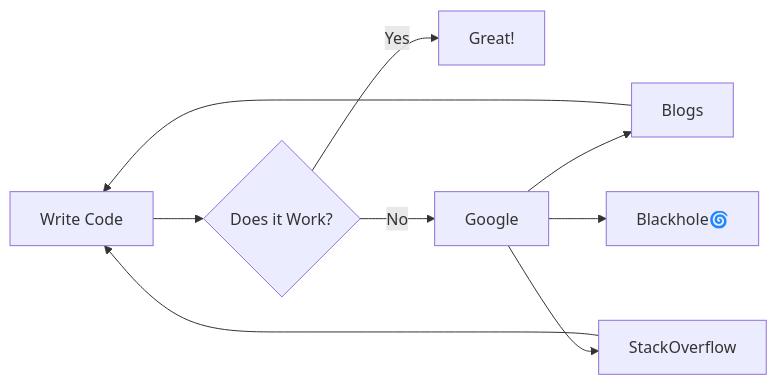
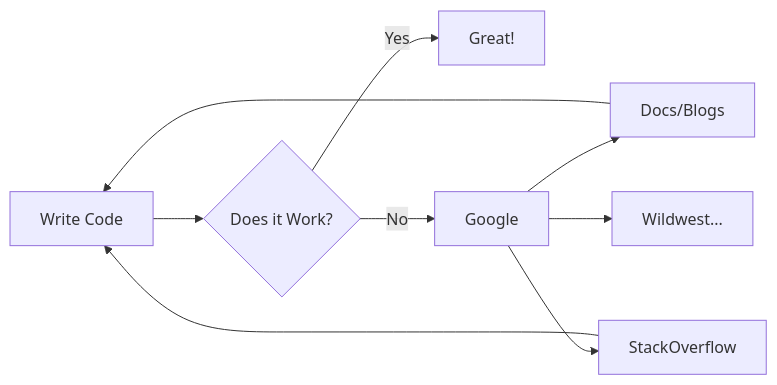
One commit to Jtzuya/jtzuya changed the diagram in README.md. Above: the diagram before and after it, drawn with Mermaid.

````diff
--- a/README.md
+++ b/README.md
@@ -3,11 +3,11 @@
 ```mermaid
   graph LR
     A[Write Code] --> B{Does it Work?}
     B -- Yes --> C[Great!]
     B -- No --> D[Google]
-    D --> E[Blogs]
+    D --> E[Docs/Blogs]
     D --> F[StackOverflow]
-    D --> G[Blackhole🌀]
+    D --> G[Wildwest...]
     E --> A
     F --> A
 ```
````
